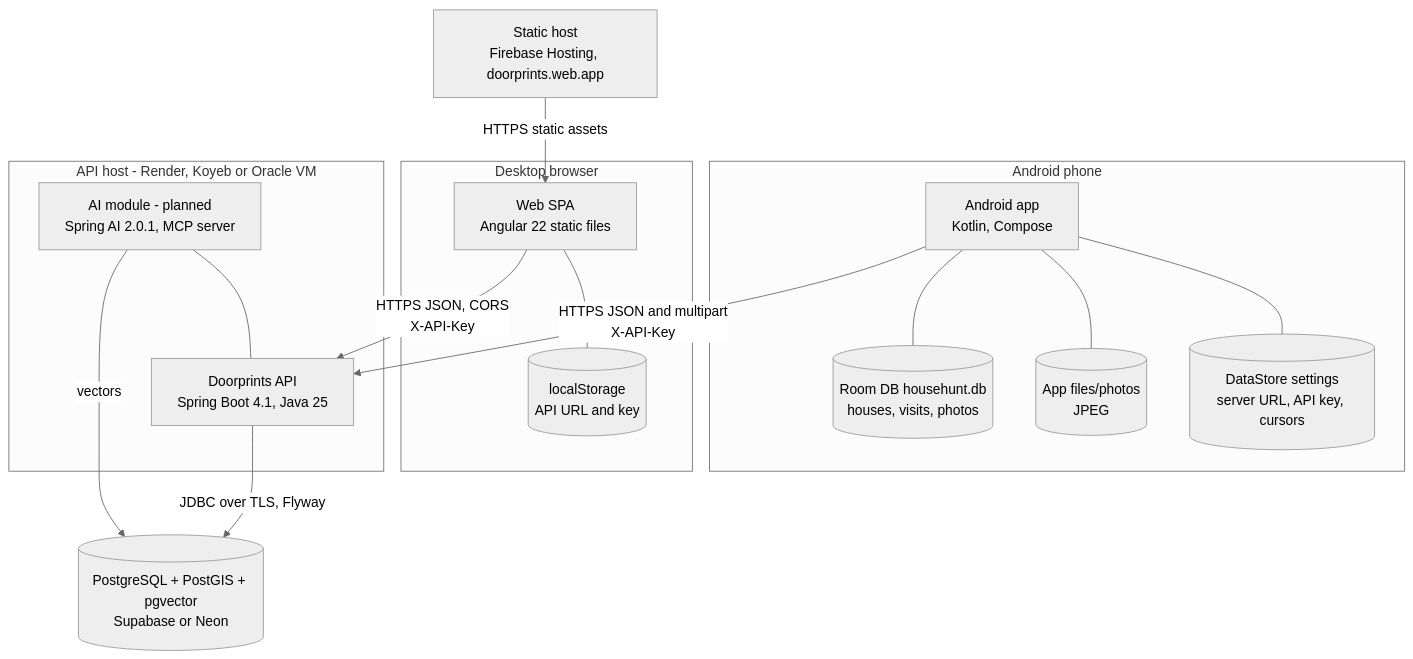
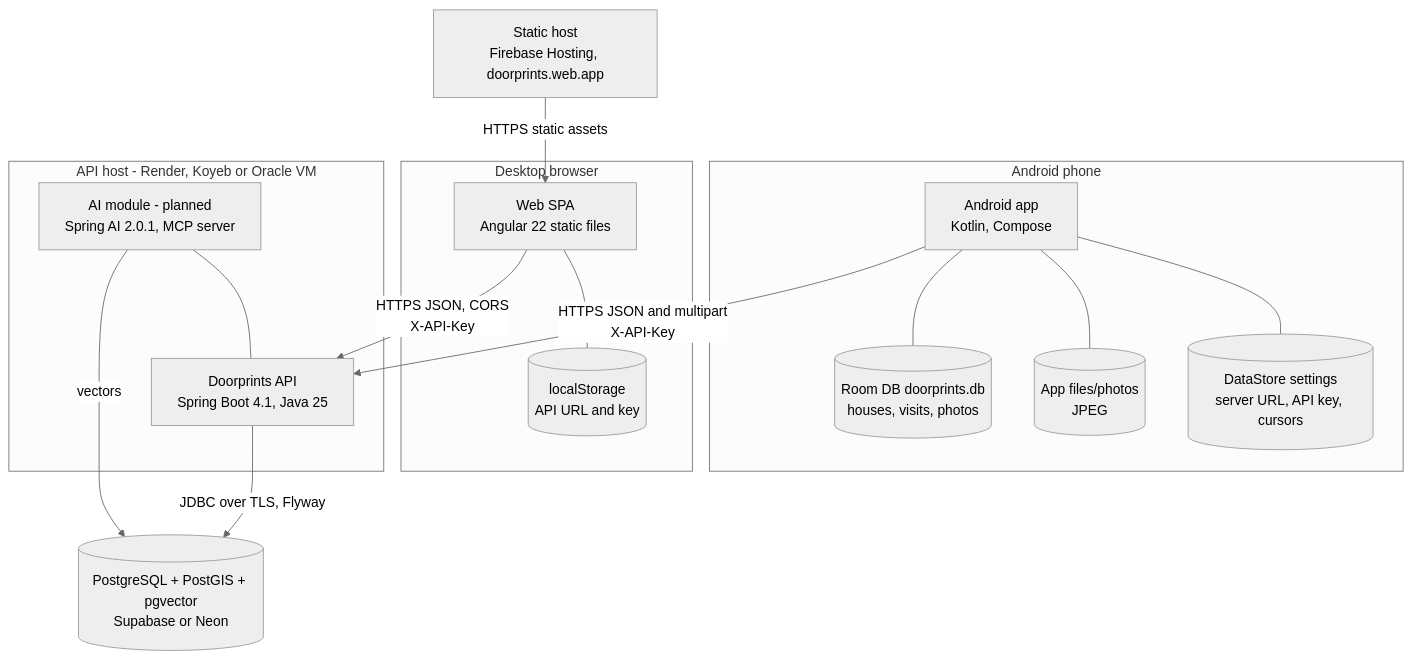
Before and after one commit to Sriram-Codes-SW/doorprints: the second of 17 diagrams in docs/03-design.md, drawn with Mermaid (neutral theme). The commit also changed other lines of this file and 17 other files, not shown here.

````diff
--- a/docs/03-design.md
+++ b/docs/03-design.md
@@ -83,29 +84,29 @@
 ```mermaid
 flowchart TB
     subgraph phone["Android phone"]
         app["Android app<br/>Kotlin, Compose"]
-        room[("Room DB househunt.db<br/>houses, visits, photos")]
+        room[("Room DB doorprints.db<br/>houses, visits, photos")]
         files[("App files/photos<br/>JPEG")]
         ds[("DataStore settings<br/>server URL, API key, cursors")]
         app --- room
         app --- files
         app --- ds
     end
     subgraph browser["Desktop browser"]
         spa["Web SPA<br/>Angular 22 static files"]
         ls[("localStorage<br/>API URL and key")]
         spa --- ls
     end
     cdn["Static host<br/>Firebase Hosting, doorprints.web.app"]
     subgraph apihost["API host - Render, Koyeb or Oracle VM"]
         api["Doorprints API<br/>Spring Boot 4.1, Java 25"]
         ai["AI module - planned<br/>Spring AI 2.0.1, MCP server"]
     end
     db[("PostgreSQL + PostGIS + pgvector<br/>Supabase or Neon")]
     cdn -->|"HTTPS static assets"| spa
     app -->|"HTTPS JSON and multipart<br/>X-API-Key"| api
     spa -->|"HTTPS JSON, CORS<br/>X-API-Key"| api
     api -->|"JDBC over TLS, Flyway"| db
     ai --- api
     ai -->|"vectors"| db
 ```
````
